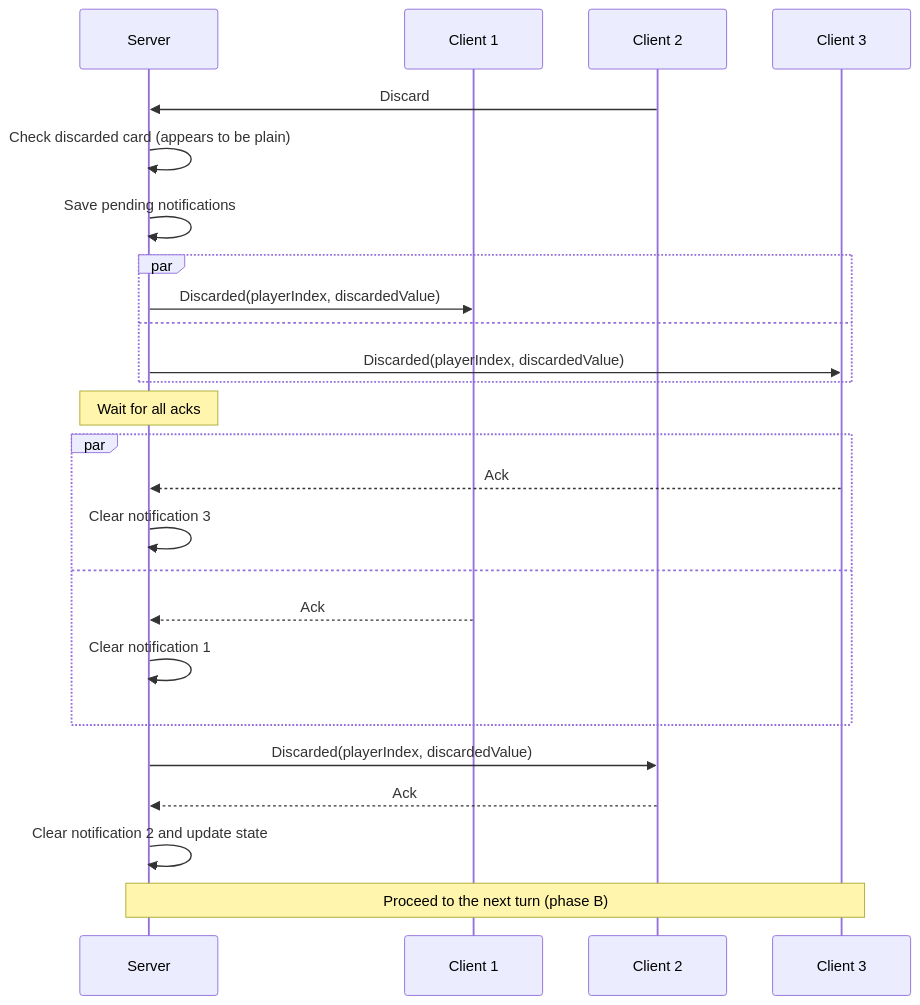
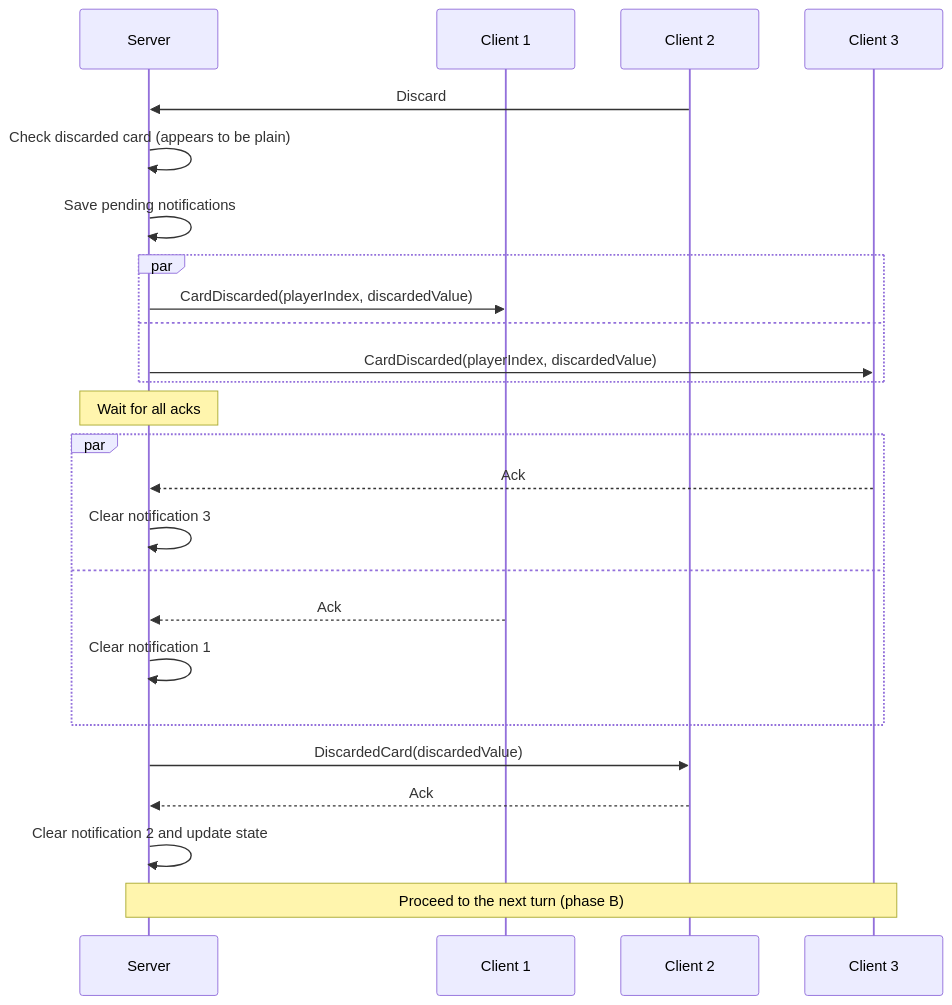
The tenth of 15 diagrams in README.md (roman-zubarevich/another), drawn with Mermaid before and after one commit. The commit also changed other lines of this file, not shown here.

````diff
--- a/README.md
+++ b/README.md
@@ -279,27 +279,27 @@
 ```mermaid
 sequenceDiagram
     participant S as Server
     participant C1 as Client 1
     participant C2 as Client 2
     participant C3 as Client 3
     C2->>S: Discard
     S->>S: Check discarded card (appears to be plain)
     S->>S: Save pending notifications
     par
-        S->>C1: Discarded(playerIndex, discardedValue)
+        S->>C1: CardDiscarded(playerIndex, discardedValue)
     and
-        S->>C3: Discarded(playerIndex, discardedValue)
+        S->>C3: CardDiscarded(playerIndex, discardedValue)
     end
     Note over S: Wait for all acks
     par
         C3-->>S: Ack
         S->>S: Clear notification 3
     and
         C1-->>S: Ack
         S->>S: Clear notification 1
     end
-    S->>C2: Discarded(playerIndex, discardedValue)
+    S->>C2: DiscardedCard(discardedValue)
     C2-->>S: Ack
     S->>S: Clear notification 2 and update state
     Note over S,C3: Proceed to the next turn (phase B)
 ```
````
